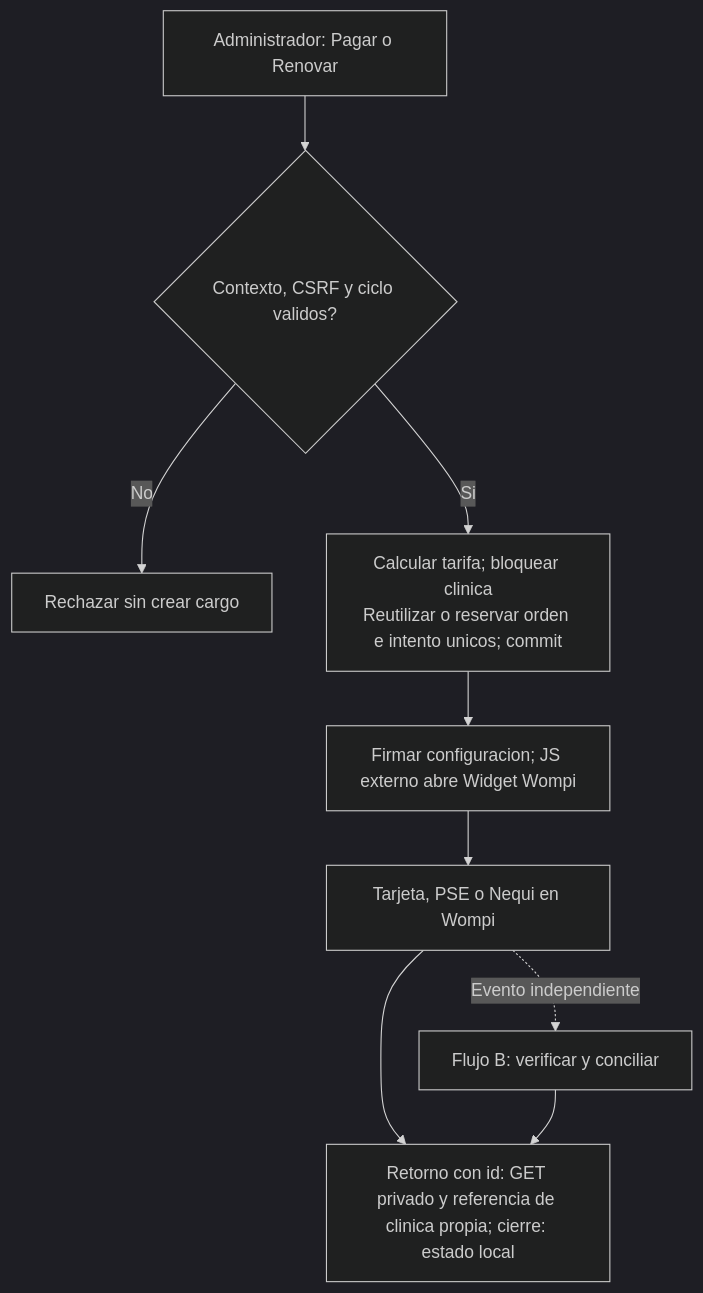
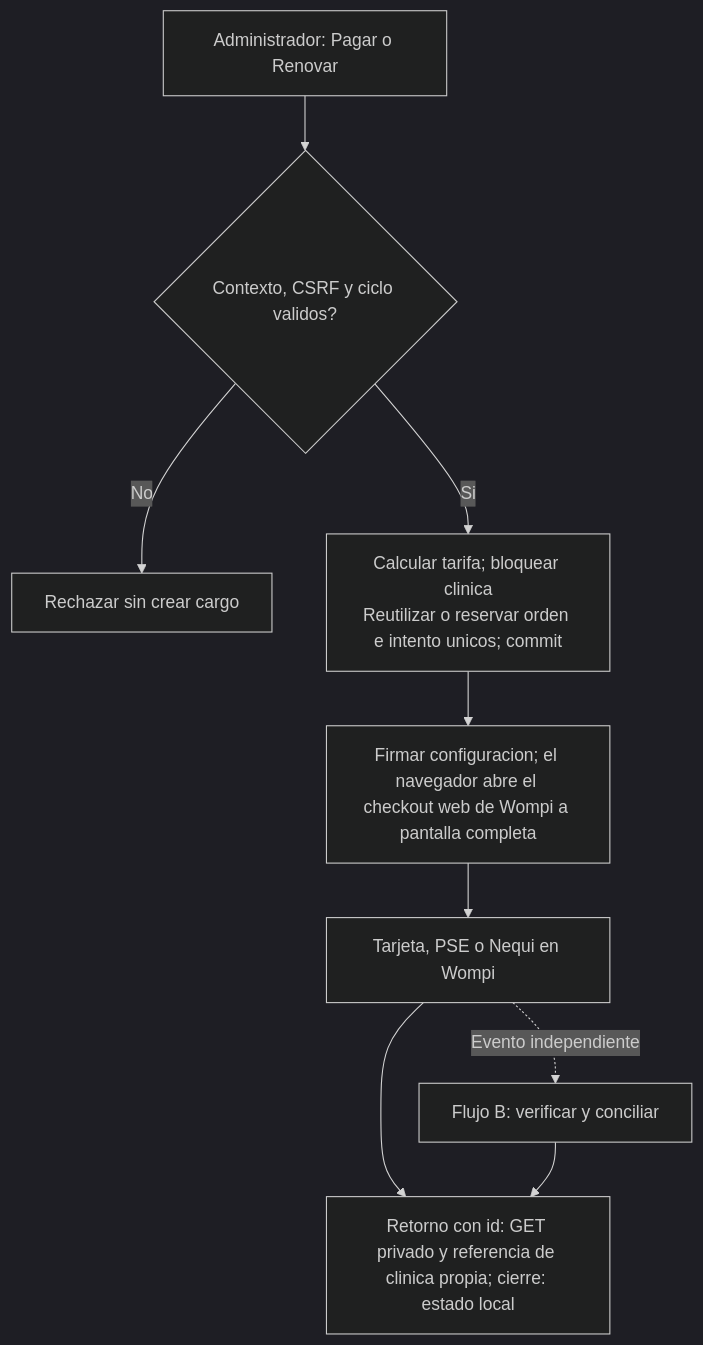
Before and after one commit to carvajal7lsch-commits/Zooki: diagram 32 of 37 in documentacion/Modelos.md, drawn with Mermaid (dark theme). The commit also changed other lines of this file and 45 other files, not shown here.

First line of the commit message:
feat(suscripcion): rediseno en una hoja, celular con pestanas, entrada desde Configuracion, barra con nombres y pago de Wompi a pantalla completa (HU-0.5, RNF-16)

````diff
--- a/documentacion/Modelos.md
+++ b/documentacion/Modelos.md
@@ -1416,11 +1416,11 @@
 ```mermaid
 flowchart TD
   A["Administrador: Pagar o Renovar"] --> B{"Contexto, CSRF y ciclo validos?"}
   B -- No --> X["Rechazar sin crear cargo"]
   B -- Si --> C["Calcular tarifa; bloquear clinica\nReutilizar o reservar orden e intento unicos; commit"]
-  C --> D["Firmar configuracion; JS externo abre Widget Wompi"]
+  C --> D["Firmar configuracion; el navegador abre el checkout web de Wompi a pantalla completa"]
   D --> E["Tarjeta, PSE o Nequi en Wompi"]
   E --> F["Retorno con id: GET privado y referencia de clinica propia; cierre: estado local"]
   E -. "Evento independiente" .-> G["Flujo B: verificar y conciliar"]
   G --> F
 ```
````
